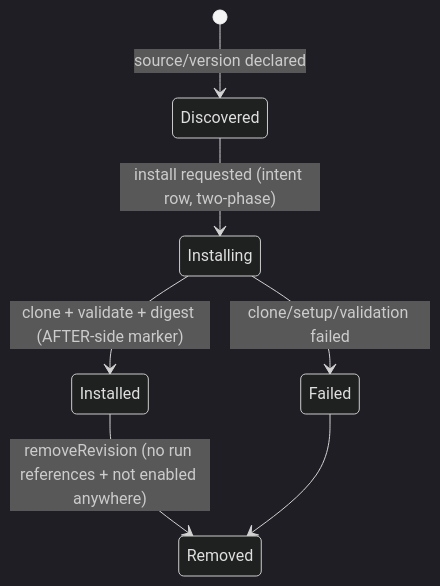
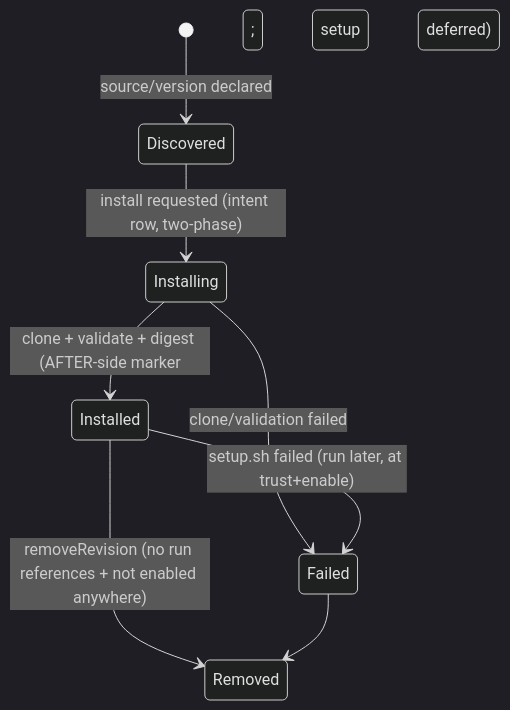
Before and after one commit to maister-dev/maister: the first of 5 diagrams in docs/system-analytics/flow-packages.md, drawn with Mermaid (dark theme). The commit also changed other lines of this file and 3 other files, not shown here.

First line of the commit message:
fix(m10): setup-after-trust, atomic enable/remove, setup-failure=Failed

````diff
--- a/docs/system-analytics/flow-packages.md
+++ b/docs/system-analytics/flow-packages.md
@@ -46,9 +46,10 @@
 ```mermaid
 stateDiagram-v2
     [*] --> Discovered: source/version declared
     Discovered --> Installing: install requested (intent row, two-phase)
-    Installing --> Installed: clone + validate + digest (AFTER-side marker)
-    Installing --> Failed: clone/setup/validation failed
+    Installing --> Installed: clone + validate + digest (AFTER-side marker; setup deferred)
+    Installing --> Failed: clone/validation failed
+    Installed --> Failed: setup.sh failed (run later, at trust+enable)
     Installed --> Removed: removeRevision (no run references + not enabled anywhere)
     Failed --> Removed
 ```
````
